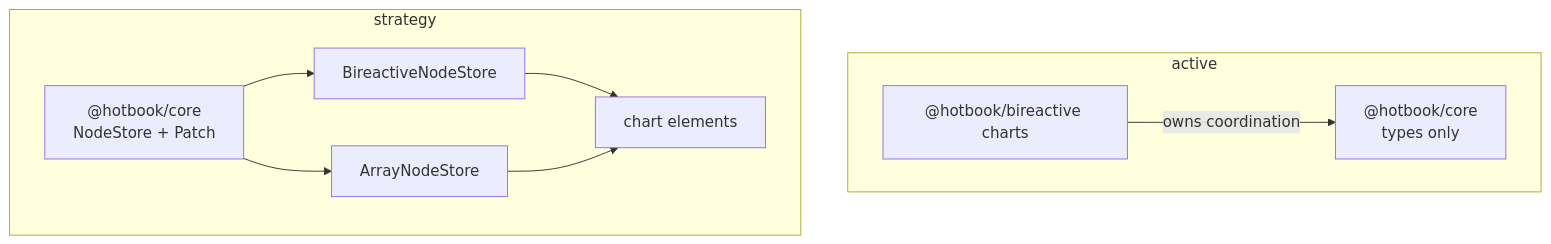
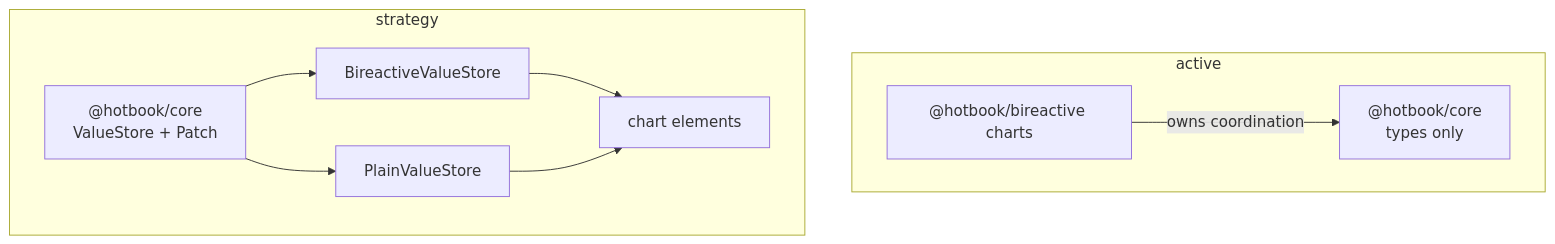
The third of 6 diagrams in docs/reorg-whiteboard.md (WinstonFassett/hotbook), drawn with Mermaid before and after one commit. The commit also changed other lines of this file, not shown here.

First line of the commit message:
refactor: ValueStore<T> + generic Patch<T> with optimistic reconciliation

````diff
--- a/docs/reorg-whiteboard.md
+++ b/docs/reorg-whiteboard.md
@@ -243,13 +271,13 @@
 ```mermaid
 flowchart TB
     subgraph active
       a1["@hotbook/bireactive charts"] -->|owns coordination| a2["@hotbook/core<br/>types only"]
     end
 
     subgraph strategy
-      f1["@hotbook/core<br/>NodeStore + Patch"] --> f2["BireactiveNodeStore"]
-      f1 --> f3["ArrayNodeStore"]
+      f1["@hotbook/core<br/>ValueStore + Patch"] --> f2["BireactiveValueStore"]
+      f1 --> f3["PlainValueStore"]
       f2 --> f4["chart elements"]
       f3 --> f4
     end
 ```
````
